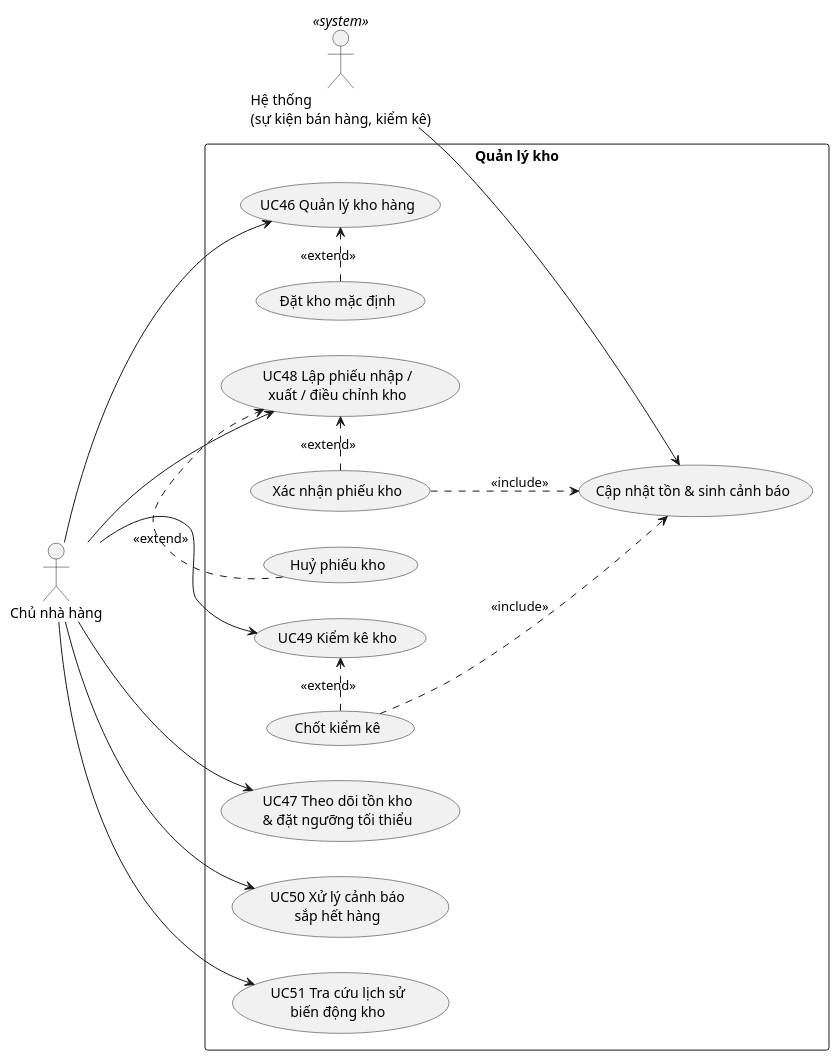
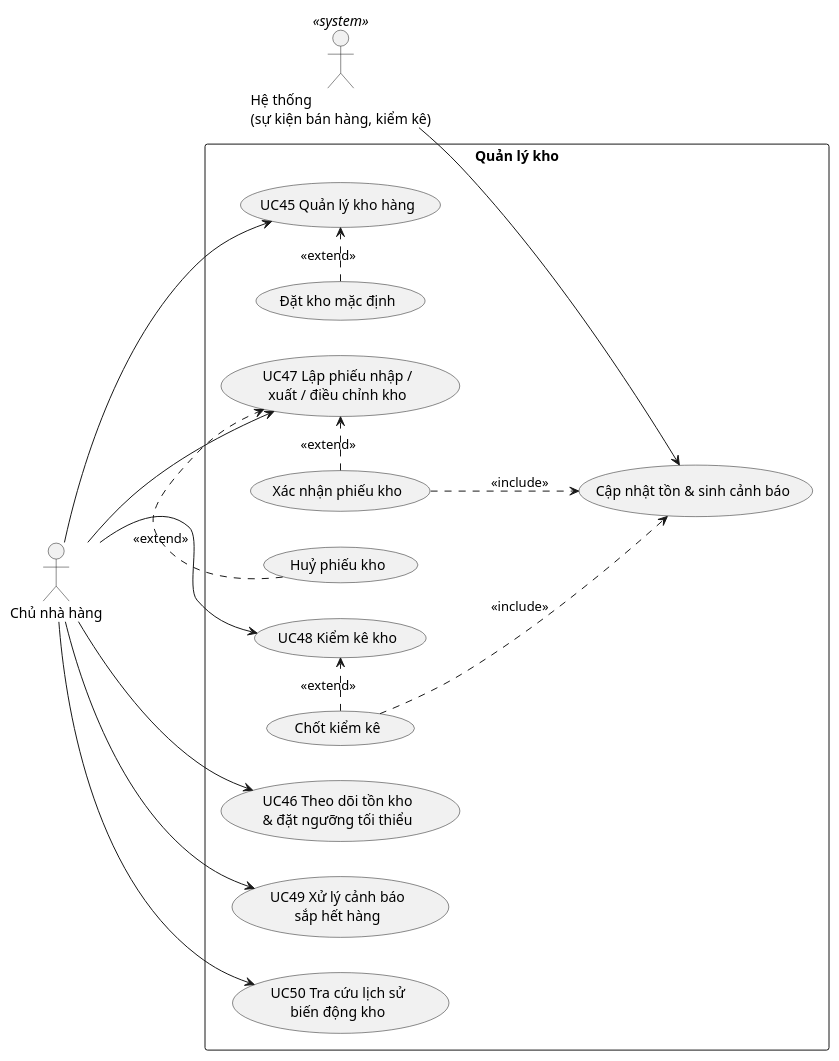
One commit to TruongHidu/XayPOS_be changed the first of 2 diagrams in docs/usecase/10-kho.md. Above: the diagram before and after it, drawn with PlantUML. The commit also changed other lines of this file and 50 other files, not shown here.

````diff
--- a/docs/usecase/10-kho.md
+++ b/docs/usecase/10-kho.md
@@ -5,38 +5,38 @@
 ```plantuml
 @startuml UC10_Kho
 left to right direction
 skinparam packageStyle rectangle
 
 actor "Chủ nhà hàng" as Owner
 actor "Hệ thống\n(sự kiện bán hàng, kiểm kê)" as Sys <<system>>
 
 rectangle "Quản lý kho" {
-  usecase "UC46 Quản lý kho hàng" as UC46
-  usecase "Đặt kho mặc định" as UC46a
-  usecase "UC47 Theo dõi tồn kho\n& đặt ngưỡng tối thiểu" as UC47
-  usecase "UC48 Lập phiếu nhập /\nxuất / điều chỉnh kho" as UC48
-  usecase "Xác nhận phiếu kho" as UC48a
-  usecase "Huỷ phiếu kho" as UC48b
-  usecase "UC49 Kiểm kê kho" as UC49
-  usecase "Chốt kiểm kê" as UC49a
-  usecase "UC50 Xử lý cảnh báo\nsắp hết hàng" as UC50
-  usecase "UC51 Tra cứu lịch sử\nbiến động kho" as UC51
+  usecase "UC45 Quản lý kho hàng" as UC45
+  usecase "Đặt kho mặc định" as UC45a
+  usecase "UC46 Theo dõi tồn kho\n& đặt ngưỡng tối thiểu" as UC46
+  usecase "UC47 Lập phiếu nhập /\nxuất / điều chỉnh kho" as UC47
+  usecase "Xác nhận phiếu kho" as UC47a
+  usecase "Huỷ phiếu kho" as UC47b
+  usecase "UC48 Kiểm kê kho" as UC48
+  usecase "Chốt kiểm kê" as UC48a
+  usecase "UC49 Xử lý cảnh báo\nsắp hết hàng" as UC49
+  usecase "UC50 Tra cứu lịch sử\nbiến động kho" as UC50
   usecase "Cập nhật tồn & sinh cảnh báo" as UCbal
 }
 
+Owner --> UC45
 Owner --> UC46
 Owner --> UC47
 Owner --> UC48
 Owner --> UC49
 Owner --> UC50
-Owner --> UC51
 
-UC46a .> UC46 : <<extend>>
+UC45a .> UC45 : <<extend>>
+UC47a .> UC47 : <<extend>>
+UC47b .> UC47 : <<extend>>
 UC48a .> UC48 : <<extend>>
-UC48b .> UC48 : <<extend>>
-UC49a .> UC49 : <<extend>>
+UC47a ..> UCbal : <<include>>
 UC48a ..> UCbal : <<include>>
-UC49a ..> UCbal : <<include>>
 Sys --> UCbal
 @enduml
 ```
````
